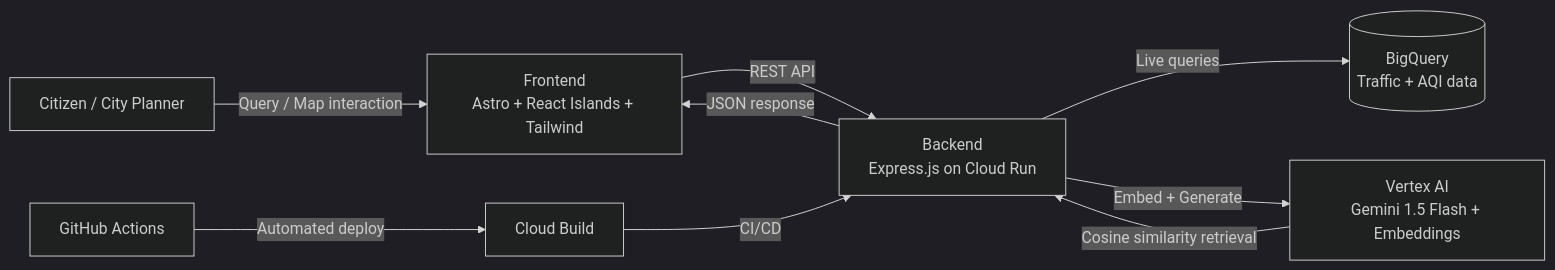
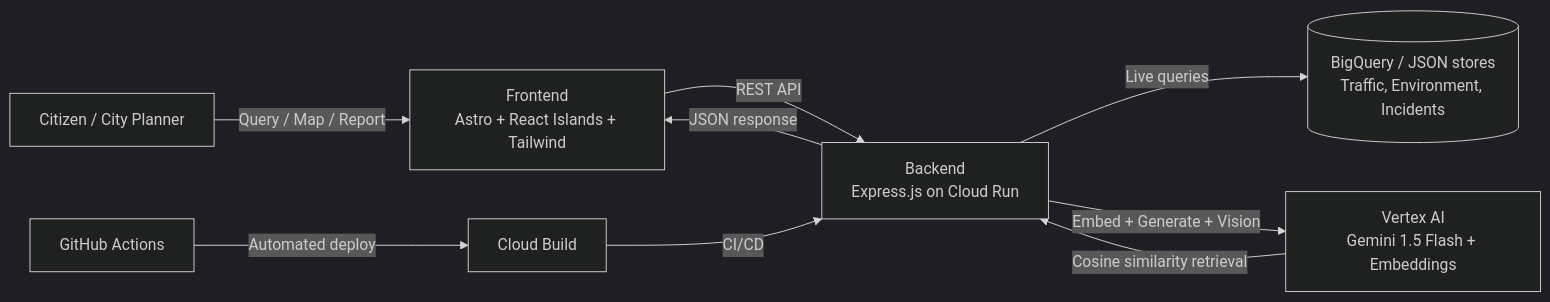
One commit to Team-Infinite-Parallax/citypulse changed the diagram in README.md. Above: the diagram before and after it, drawn with Mermaid (dark theme). The commit also changed other lines of this file and 50 other files, not shown here.

````diff
--- a/README.md
+++ b/README.md
@@ -55,11 +59,11 @@
 ```mermaid
 flowchart LR
-    U[Citizen / City Planner] -->|Query / Map interaction| FE[Frontend<br/>Astro + React Islands + Tailwind]
+    U[Citizen / City Planner] -->|Query / Map / Report| FE[Frontend<br/>Astro + React Islands + Tailwind]
     FE -->|REST API| BE[Backend<br/>Express.js on Cloud Run]
-    BE -->|Live queries| BQ[(BigQuery<br/>Traffic + AQI data)]
-    BE -->|Embed + Generate| VX[Vertex AI<br/>Gemini 1.5 Flash + Embeddings]
+    BE -->|Live queries| BQ[(BigQuery / JSON stores<br/>Traffic, Environment, Incidents)]
+    BE -->|Embed + Generate + Vision| VX[Vertex AI<br/>Gemini 1.5 Flash + Embeddings]
     VX -->|Cosine similarity retrieval| BE
     BE -->|JSON response| FE
     CB[Cloud Build] -->|CI/CD| BE
     GH[GitHub Actions] -->|Automated deploy| CB
 ```
````
